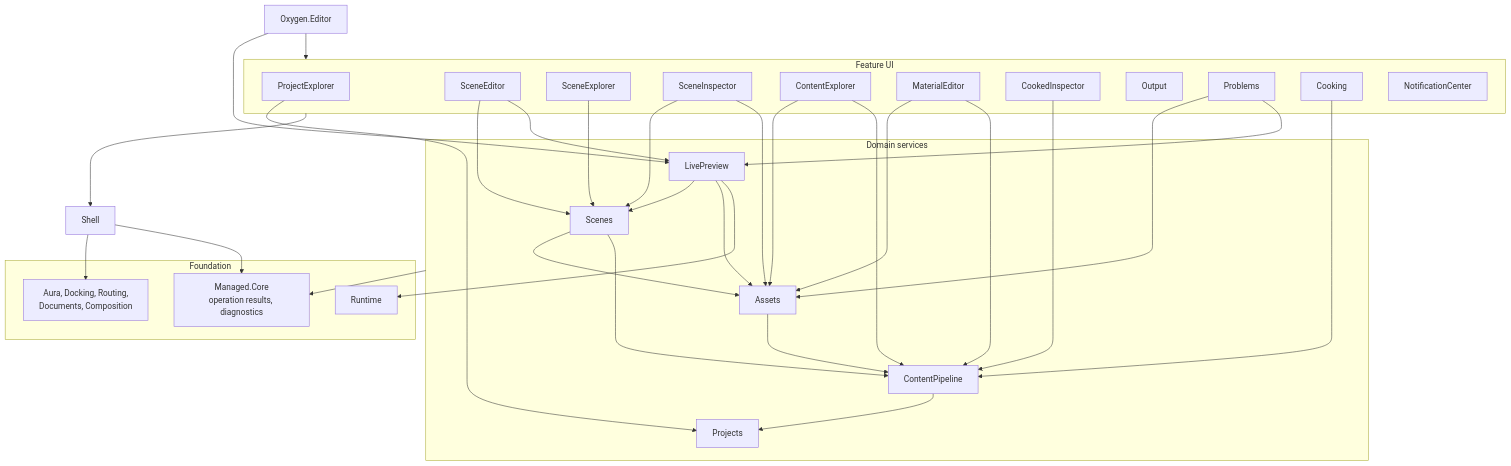
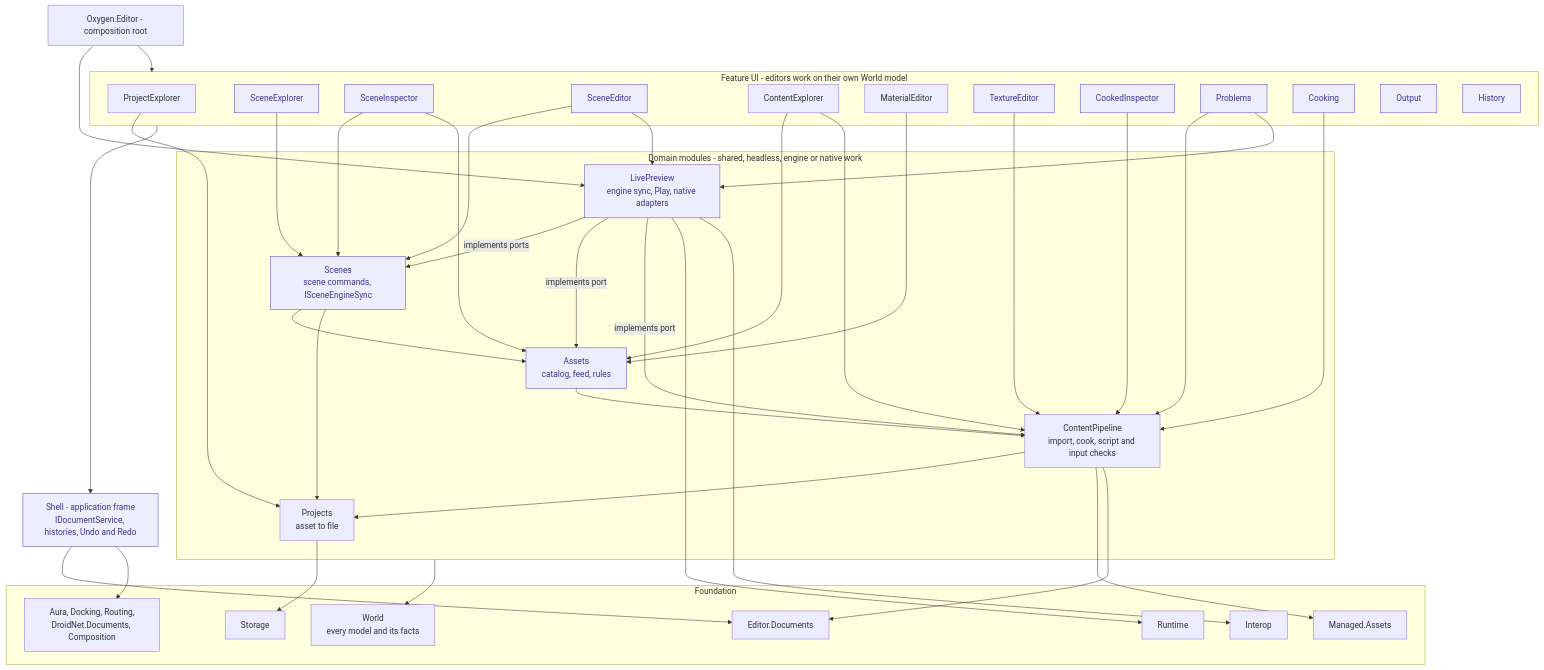
Before and after one commit to abdes/DroidNet: the diagram in design/editor/review/editor-module-architecture.md, drawn with Mermaid. The commit also changed other lines of this file and 3 other files, not shown here.

First line of the commit message:
docs(editor): agree the documents design and resequence the decomposition

````diff
--- a/design/editor/review/editor-module-architecture.md
+++ b/design/editor/review/editor-module-architecture.md
@@ -103,58 +108,69 @@
 ```mermaid
 flowchart TB
-    App["Oxygen.Editor"]
-    subgraph Features["Feature UI"]
+    App["Oxygen.Editor - composition root"]
+    subgraph Features["Feature UI - editors work on their own World model"]
         PE["ProjectExplorer"]
-        SEd["SceneEditor"]
         SEx["SceneExplorer"]
         SIn["SceneInspector"]
+        SEd["SceneEditor"]
         CEx["ContentExplorer"]
         MEd["MaterialEditor"]
+        TEd["TextureEditor"]
         CIn["CookedInspector"]
-        Out["Output"]
         Prb["Problems"]
         Ck["Cooking"]
-        NC["NotificationCenter"]
+        Out["Output"]
+        His["History"]
     end
-    Shell["Shell"]
-    subgraph Domain["Domain services"]
-        Scenes["Scenes"]
-        Assets["Assets"]
-        Live["LivePreview"]
-        CP["ContentPipeline"]
-        Proj["Projects"]
+    Shell["Shell - application frame<br/>IDocumentService, histories, Undo and Redo"]
+    subgraph Domain["Domain modules - shared, headless, engine or native work"]
+        Scenes["Scenes<br/>scene commands, ISceneEngineSync"]
+        Assets["Assets<br/>catalog, feed, rules"]
+        CP["ContentPipeline<br/>import, cook, script and input checks"]
+        Live["LivePreview<br/>engine sync, Play, native adapters"]
+        Proj["Projects<br/>asset to file"]
     end
     subgraph Found["Foundation"]
-        MC["Managed.Core<br/>operation results, diagnostics"]
+        World["World<br/>every model and its facts"]
+        Docs["Editor.Documents"]
+        MA["Managed.Assets"]
+        Sto["Storage"]
         RT["Runtime"]
-        Libs["Aura, Docking, Routing,<br/>Documents, Composition"]
+        Int["Interop"]
+        Lib["Aura, Docking, Routing,<br/>DroidNet.Documents, Composition"]
     end
-
     App --> Features
     App --> Live
     Features --> Shell
-    SEd --> Scenes
-    SEd --> Live
     SEx --> Scenes
     SIn --> Scenes
     SIn --> Assets
+    SEd --> Scenes
+    SEd --> Live
     CEx --> Assets
     CEx --> CP
     MEd --> Assets
-    MEd --> CP
+    TEd --> CP
     CIn --> CP
     Ck --> CP
+    Prb --> CP
+    Prb --> Live
     PE --> Proj
-    Prb --> Assets
-    Prb --> Live
-    Live --> Scenes
-    Live --> Assets
+    Live -- implements ports --> Scenes
+    Live -- implements port --> Assets
+    Live -- implements port --> CP
     Live --> RT
+    Live --> Int
     Scenes --> Assets
-    Scenes --> CP
+    Scenes --> Proj
     Assets --> CP
     CP --> Proj
-    Shell --> Libs
-    Domain --> MC
-    Shell --> MC
+    Domain --> World
+    CP --> MA
+    CP --> Docs
+    Proj --> Sto
+    Shell --> Docs
+    Shell --> Lib
+    classDef new fill:#EEEDFE,stroke:#534AB7,color:#3C3489
+    class Shell,Scenes,Live,Assets,SEx,SIn,SEd,TEd,Prb,Ck,Out,CIn,His new
 ```
````
